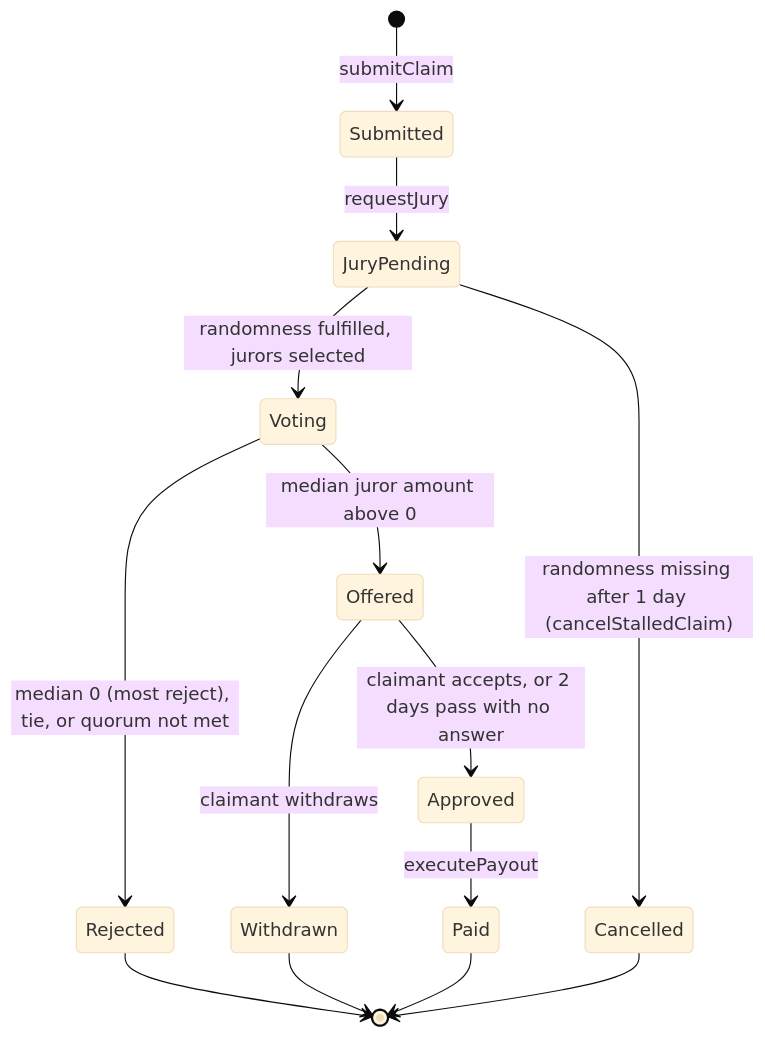
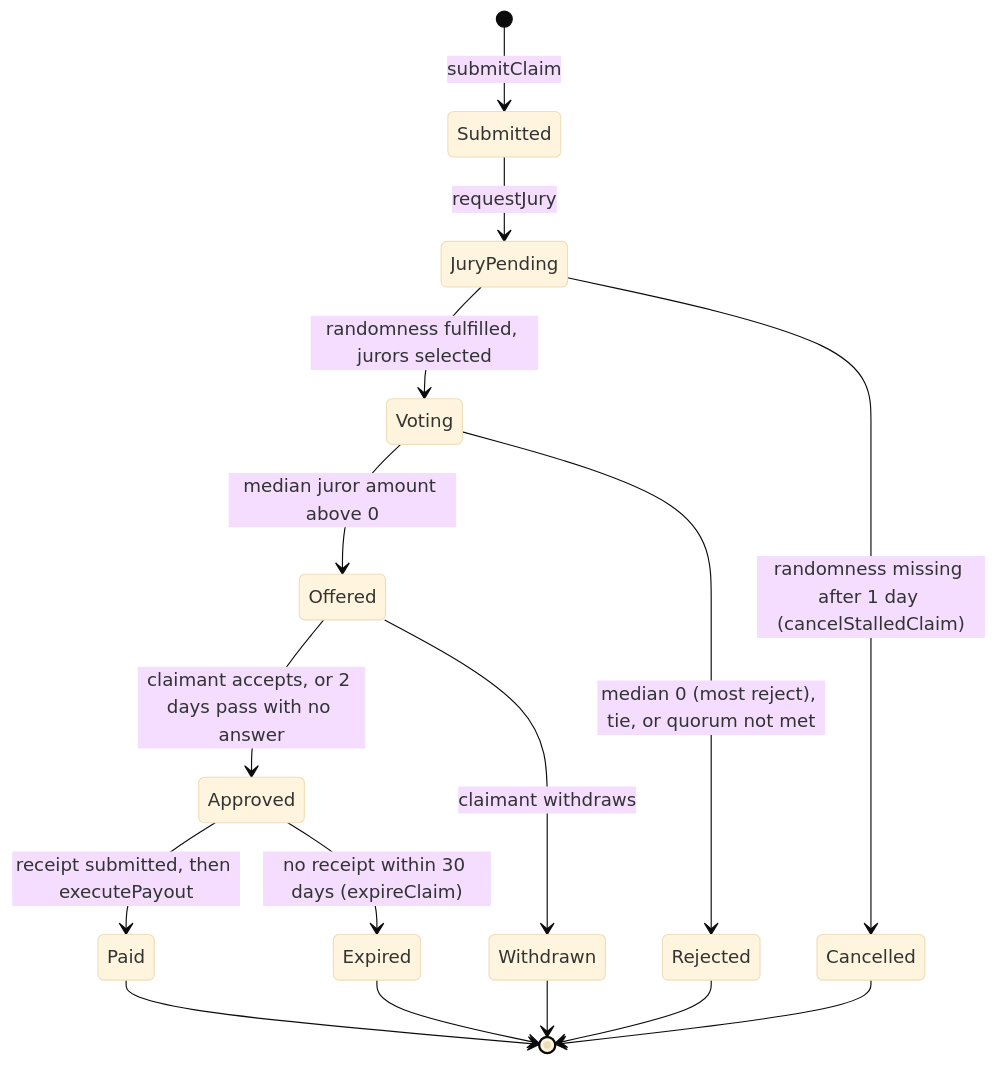
The third of 5 diagrams in docs/design-doc.md (StephanieNgu/trust-pool), drawn with Mermaid (base theme) before and after one commit. The commit also changed other lines of this file and 27 other files, not shown here.

````diff
--- a/docs/design-doc.md
+++ b/docs/design-doc.md
@@ -159,16 +162,18 @@
 ```mermaid
 stateDiagram-v2
     [*] --> Submitted : submitClaim
     Submitted --> JuryPending : requestJury
     JuryPending --> Voting : randomness fulfilled, jurors selected
     Voting --> Offered : median juror amount above 0
     JuryPending --> Cancelled : randomness missing after 1 day (cancelStalledClaim)
     Voting --> Rejected : median 0 (most reject), tie, or quorum not met
     Offered --> Approved : claimant accepts, or 2 days pass with no answer
     Offered --> Withdrawn : claimant withdraws
-    Approved --> Paid : executePayout
+    Approved --> Paid : receipt submitted, then executePayout
+    Approved --> Expired : no receipt within 30 days (expireClaim)
     Rejected --> [*]
+    Expired --> [*]
     Withdrawn --> [*]
     Paid --> [*]
     Cancelled --> [*]
 ```
````
